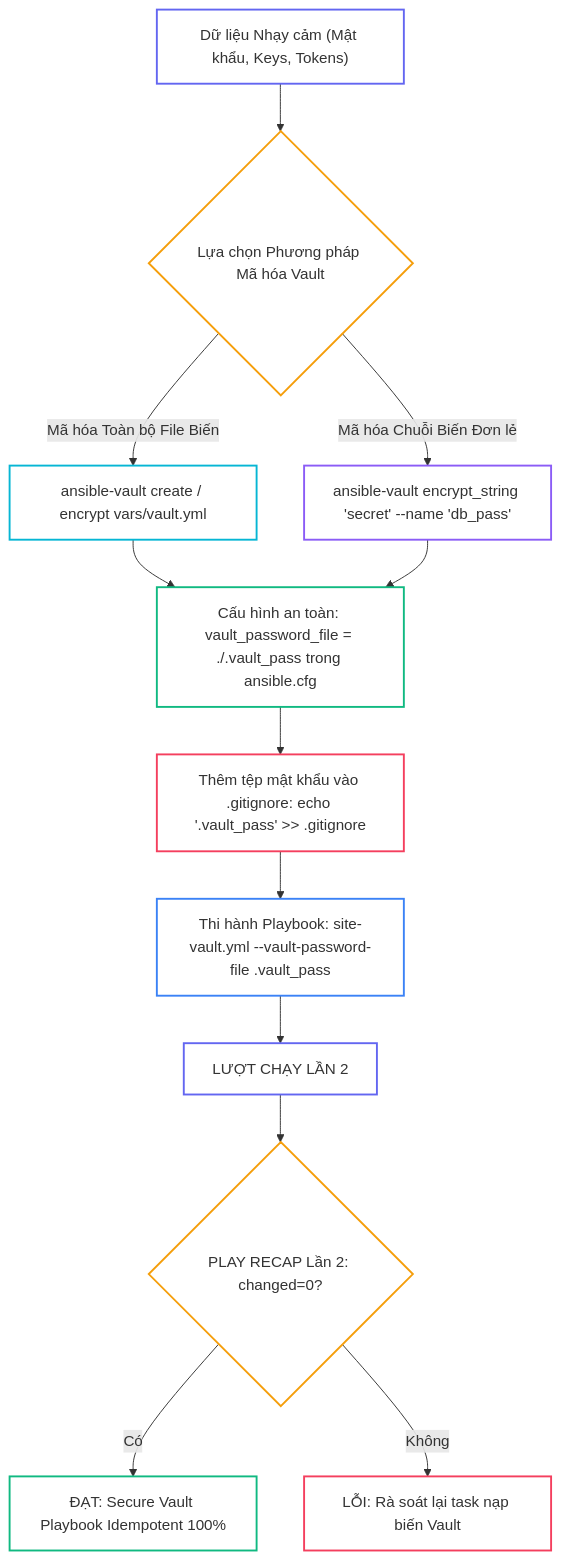
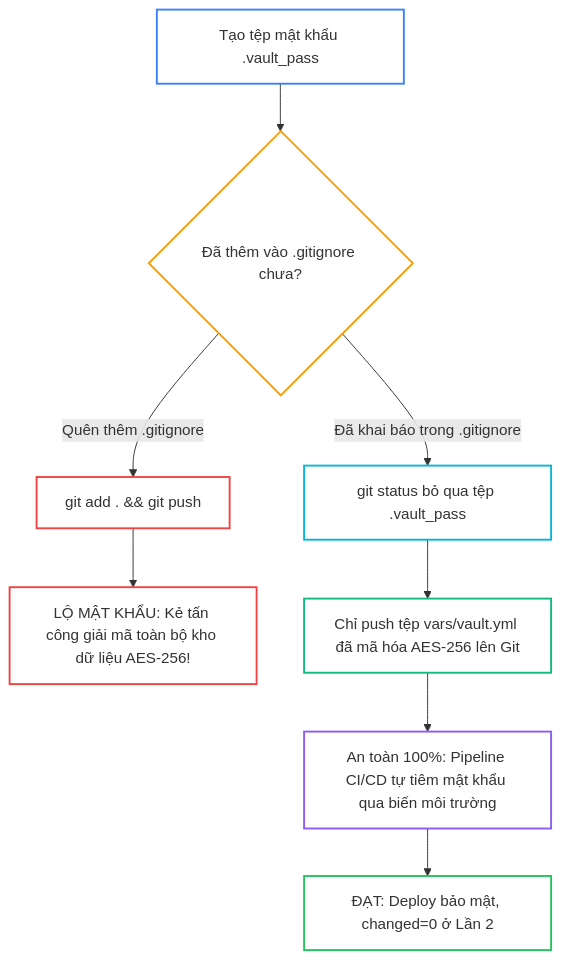
One commit to kiennt308/ntk changed the second of 3 diagrams in _posts/2026-09-13-ansible-20-20-ansible-vault.md. Above: the diagram before and after it, drawn with Mermaid. The commit also changed other lines of this file and 30 other files, not shown here.

````diff
--- a/_posts/2026-09-13-ansible-20-20-ansible-vault.md
+++ b/_posts/2026-09-13-ansible-20-20-ansible-vault.md
@@ -327,31 +185,20 @@
 ```mermaid
 flowchart TD
-    A["Dữ liệu Nhạy cảm (Mật khẩu, Keys, Tokens)"] --> B{"Lựa chọn Phương pháp Mã hóa Vault"}
+    A["Tạo tệp mật khẩu .vault_pass"] --> B{"Đã thêm vào .gitignore chưa?"}
+    B -->|"Quên thêm .gitignore"| C["git add . && git push"]
+    C --> D["LỘ MẬT KHẨU: Kẻ tấn công giải mã toàn bộ kho dữ liệu AES-256!"]
     
-    B -->|"Mã hóa Toàn bộ File Biến"| C["ansible-vault create / encrypt vars/vault.yml"]
-    B -->|"Mã hóa Chuỗi Biến Đơn lẻ"| D["ansible-vault encrypt_string 'secret' --name 'db_pass'"]
-    
-    C --> E["Cấu hình an toàn: vault_password_file = ./.vault_pass trong ansible.cfg"]
-    D --> E
-    
-    E --> F["Thêm tệp mật khẩu vào .gitignore: echo '.vault_pass' >> .gitignore"]
-    F --> G["Thi hành Playbook: site-vault.yml --vault-password-file .vault_pass"]
-    
-    G --> H["LƯỢT CHẠY LẦN 2"]
-    H --> I{"PLAY RECAP Lần 2: changed=0?"}
-    
-    I -->|"Có"| J["ĐẠT: Secure Vault Playbook Idempotent 100%"]
-    I -->|"Không"| K["LỖI: Rà soát lại task nạp biến Vault"]
+    B -->|"Đã khai báo trong .gitignore"| E["git status bỏ qua tệp .vault_pass"]
+    E --> F["Chỉ push tệp vars/vault.yml đã mã hóa AES-256 lên Git"]
+    F --> G["An toàn 100%: Pipeline CI/CD tự tiêm mật khẩu qua biến môi trường"]
+    G --> H["ĐẠT: Deploy bảo mật, changed=0 ở Lần 2"]
 
-    style A fill:none,stroke:#6366f1,stroke-width:2px
+    style A fill:none,stroke:#3b82f6,stroke-width:2px
     style B fill:none,stroke:#f59e0b,stroke-width:2px
-    style C fill:none,stroke:#06b6d4,stroke-width:2px
-    style D fill:none,stroke:#8b5cf6,stroke-width:2px
-    style E fill:none,stroke:#10b981,stroke-width:2px
-    style F fill:none,stroke:#f43f5e,stroke-width:2px
-    style G fill:none,stroke:#3b82f6,stroke-width:2px
-    style H fill:none,stroke:#6366f1,stroke-width:2px
-    style I fill:none,stroke:#f59e0b,stroke-width:2px
-    style J fill:none,stroke:#10b981,stroke-width:2px
-    style K fill:none,stroke:#f43f5e,stroke-width:2px
+    style C fill:none,stroke:#ef4444,stroke-width:2px
+    style D fill:none,stroke:#ef4444,stroke-width:2px
+    style E fill:none,stroke:#06b6d4,stroke-width:2px
+    style F fill:none,stroke:#10b981,stroke-width:2px
+    style G fill:none,stroke:#8b5cf6,stroke-width:2px
+    style H fill:none,stroke:#22c55e,stroke-width:2px
 ```
````
